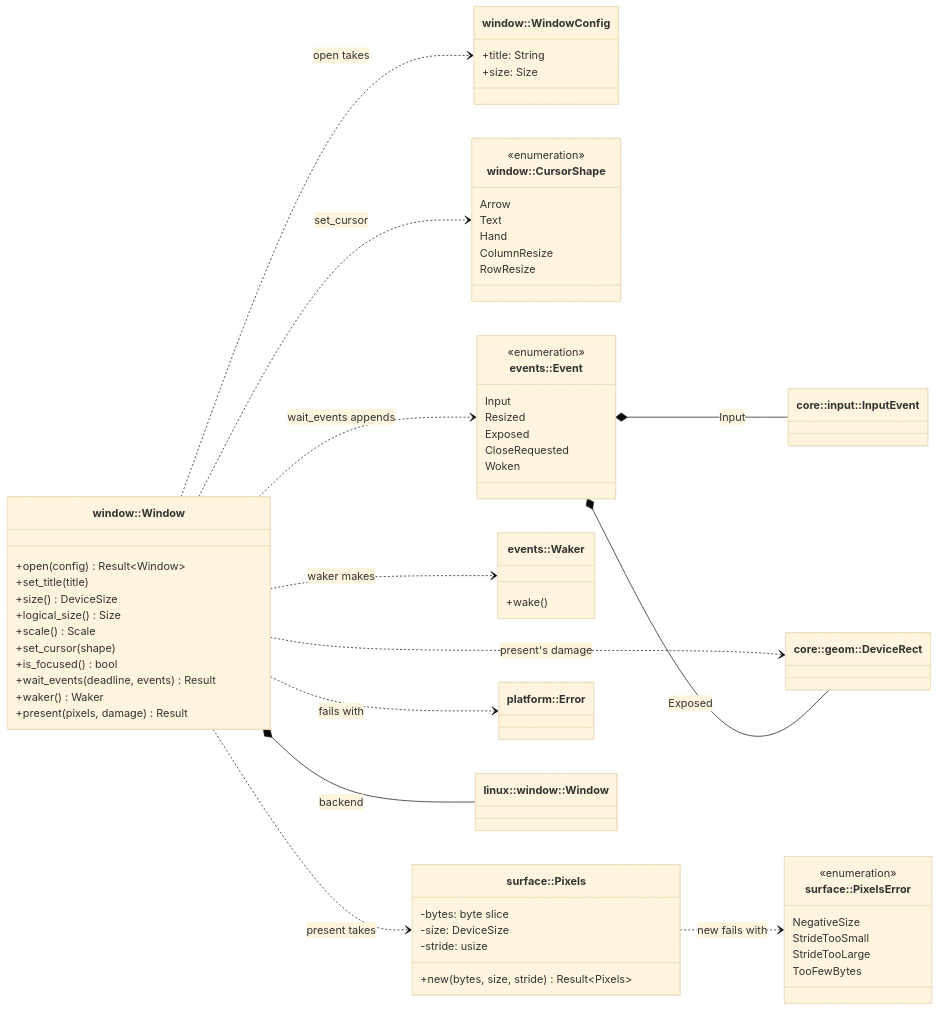
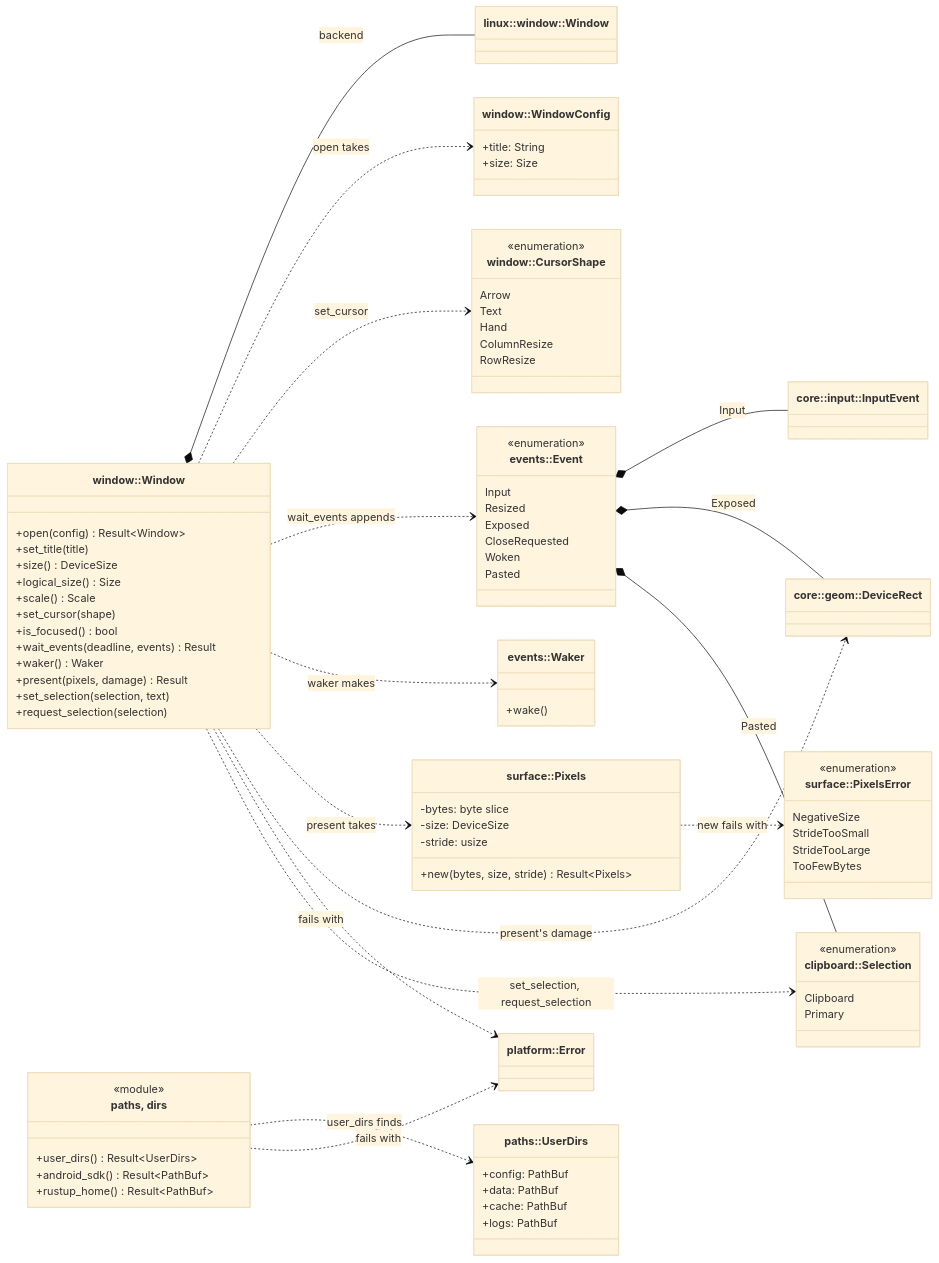
One commit to jabbott-iii/Tidepool changed diagram 32 of 34 in diagrams/class-diagrams.md. Above: the diagram before and after it, drawn with Mermaid (base theme). The commit also changed other lines of this file and 28 other files, not shown here.

First line of the commit message:
platform: clipboard, paths and dirs on Linux (M2.7)

````diff
--- a/diagrams/class-diagrams.md
+++ b/diagrams/class-diagrams.md
@@ -2540,6 +2544,8 @@
         +wait_events(deadline, events) Result
         +waker() Waker
         +present(pixels, damage) Result
+        +set_selection(selection, text)
+        +request_selection(selection)
     }
     class WindowConfig["window::WindowConfig"] {
         +title: String
@@ -2560,6 +2566,24 @@
         Exposed
         CloseRequested
         Woken
+        Pasted
+    }
+    class Selection["clipboard::Selection"] {
+        <<enumeration>>
+        Clipboard
+        Primary
+    }
+    class UserDirs["paths::UserDirs"] {
+        +config: PathBuf
+        +data: PathBuf
+        +cache: PathBuf
+        +logs: PathBuf
+    }
+    class Folders["paths, dirs"] {
+        <<module>>
+        +user_dirs() Result~UserDirs~
+        +android_sdk() Result~PathBuf~
+        +rustup_home() Result~PathBuf~
     }
     class Waker["events::Waker"] {
         +wake()
@@ -2589,7 +2613,11 @@
     Window ..> Pixels : present takes
     Window ..> DeviceRect : present's damage
     Window ..> PlatformError : fails with
+    Window ..> Selection : set_selection, request_selection
     Event *-- InputEvent : Input
     Event *-- DeviceRect : Exposed
+    Event *-- Selection : Pasted
+    Folders ..> UserDirs : user_dirs finds
+    Folders ..> PlatformError : fails with
     Pixels ..> PixelsError : new fails with
 ```
````
